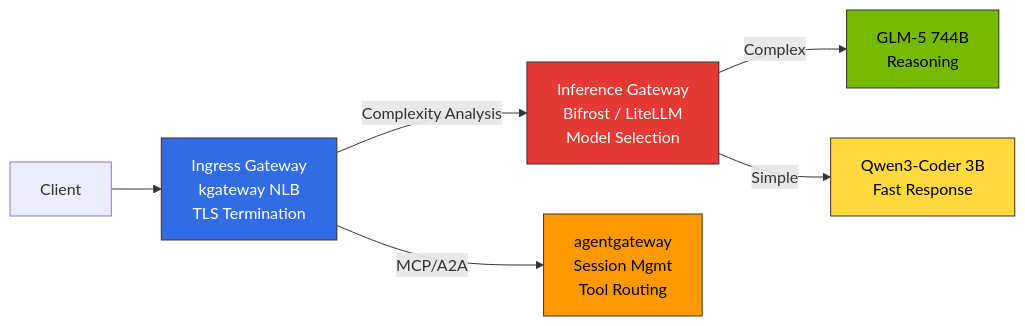
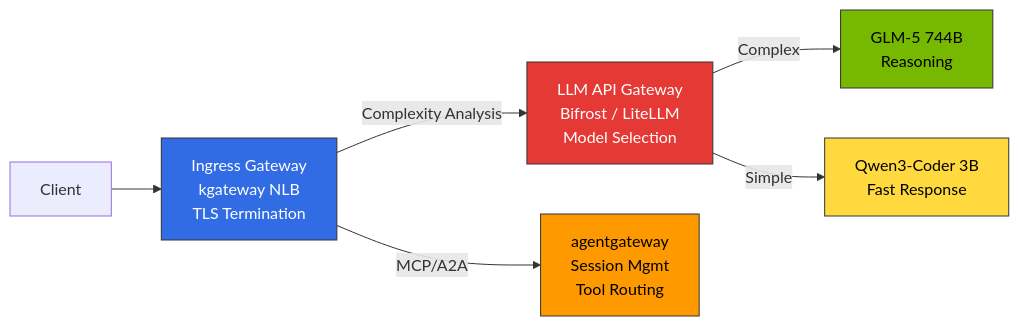
The first of 6 diagrams in i18n/en/docusaurus-plugin-content-docs/current/agentic-ai-platform/reference-architecture/inference-gateway/routing-strategy.md (devfloor9/engineering-playbook), drawn with Mermaid before and after one commit. The commit also changed other lines of this file and 23 other files, not shown here.

````diff
--- a/i18n/en/docusaurus-plugin-content-docs/current/agentic-ai-platform/reference-architecture/inference-gateway/routing-strategy.md
+++ b/i18n/en/docusaurus-plugin-content-docs/current/agentic-ai-platform/reference-architecture/inference-gateway/routing-strategy.md
@@ -42,14 +48,14 @@
 ```mermaid
 graph LR
     Client[Client] --> IGW[Ingress Gateway<br/>kgateway NLB<br/>TLS Termination]
-    IGW -->|Complexity Analysis| IFG[Inference Gateway<br/>Bifrost / LiteLLM<br/>Model Selection]
+    IGW -->|Complexity Analysis| IFG[LLM API Gateway<br/>Bifrost / LiteLLM<br/>Model Selection]
     IFG -->|Complex| LLM[GLM-5 744B<br/>Reasoning]
     IFG -->|Simple| SLM[Qwen3-Coder 3B<br/>Fast Response]
     IGW -->|MCP/A2A| AGW[agentgateway<br/>Session Mgmt<br/>Tool Routing]
     
     style IGW fill:#326ce5,stroke:#333,color:#fff
     style IFG fill:#e53935,stroke:#333,color:#fff
     style AGW fill:#ff9900,stroke:#333,color:#000
     style LLM fill:#76b900,stroke:#333,color:#000
     style SLM fill:#ffd93d,stroke:#333,color:#000
 ```
````
